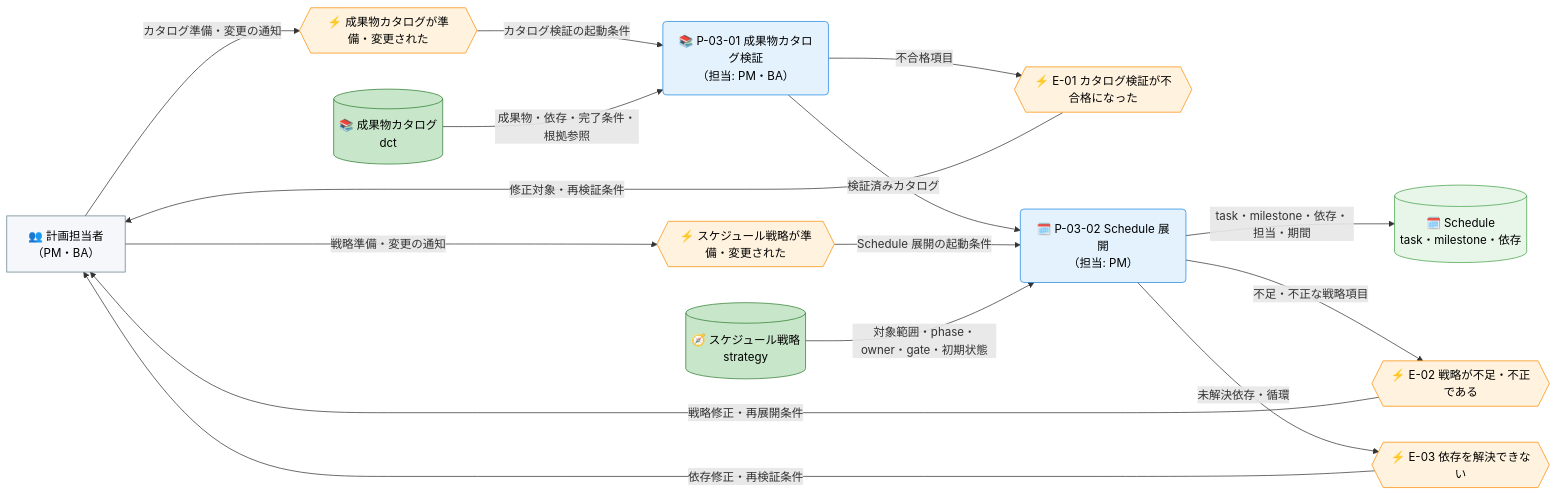
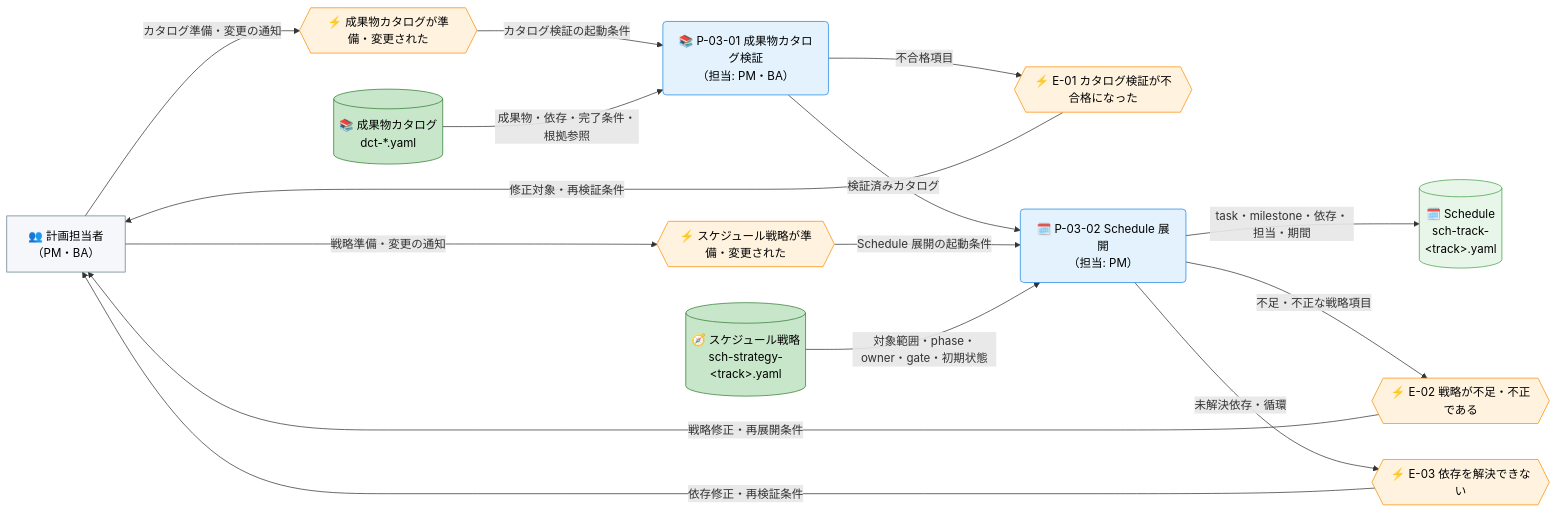
One commit to specdojo/specdojo changed the first of 2 diagrams in docs/ja/product/010-business-specs/010-data-flow/cdfd-catalog-planning.md. Above: the diagram before and after it, drawn with Mermaid. The commit also changed other lines of this file and 31 other files, not shown here.

First line of the commit message:
exec(T-DATA-FLOW-cdfd-*-140): finalize remaining data-flow CDFDs

````diff
--- a/docs/ja/product/010-business-specs/010-data-flow/cdfd-catalog-planning.md
+++ b/docs/ja/product/010-business-specs/010-data-flow/cdfd-catalog-planning.md
@@ -55,45 +55,45 @@
 ```mermaid
 flowchart LR
   classDef process fill:#e3f2fd,stroke:#1e88e5,color:#000
   classDef event fill:#fff3e0,stroke:#fb8c00,color:#000
   classDef storeMaster fill:#c8e6c9,stroke:#2e7d32,color:#000
   classDef storeTransaction fill:#e8f5e9,stroke:#43a047,color:#000
   classDef actor fill:#f5f7fa,stroke:#607d8b,color:#000
 
   計画担当者["👥 計画担当者<br>（PM・BA）"]
 
   カタログ更新{{"⚡ 成果物カタログが準備・変更された"}}
   戦略更新{{"⚡ スケジュール戦略が準備・変更された"}}
   カタログ不合格{{"⚡ E-01 カタログ検証が不合格になった"}}
   戦略不足{{"⚡ E-02 戦略が不足・不正である"}}
   依存解決失敗{{"⚡ E-03 依存を解決できない"}}
 
   カタログ検証("📚 P-03-01 成果物カタログ検証<br>（担当: PM・BA）")
   Schedule展開("🗓️ P-03-02 Schedule 展開<br>（担当: PM）")
 
-  成果物カタログ[("📚 成果物カタログ<br>dct")]
-  スケジュール戦略[("🧭 スケジュール戦略<br>strategy")]
-  Schedule[("🗓️ Schedule<br>task・milestone・依存")]
+  成果物カタログ[("📚 成果物カタログ<br>dct-*.yaml")]
+  スケジュール戦略[("🧭 スケジュール戦略<br>sch-strategy-<br>&lt;track&gt;.yaml")]
+  Schedule[("🗓️ Schedule<br>sch-track-<br>&lt;track&gt;.yaml")]
 
   計画担当者 -->|"カタログ準備・変更の通知"| カタログ更新
   カタログ更新 -->|"カタログ検証の起動条件"| カタログ検証
   成果物カタログ -->|"成果物・依存・完了条件・根拠参照"| カタログ検証
   カタログ検証 -->|"検証済みカタログ"| Schedule展開
   カタログ検証 -->|"不合格項目"| カタログ不合格
   カタログ不合格 -->|"修正対象・再検証条件"| 計画担当者
 
   計画担当者 -->|"戦略準備・変更の通知"| 戦略更新
   戦略更新 -->|"Schedule 展開の起動条件"| Schedule展開
   スケジュール戦略 -->|"対象範囲・phase・owner・gate・初期状態"| Schedule展開
   Schedule展開 -->|"task・milestone・依存・担当・期間"| Schedule
   Schedule展開 -->|"不足・不正な戦略項目"| 戦略不足
   Schedule展開 -->|"未解決依存・循環"| 依存解決失敗
   戦略不足 -->|"戦略修正・再展開条件"| 計画担当者
   依存解決失敗 -->|"依存修正・再検証条件"| 計画担当者
 
   class カタログ検証,Schedule展開 process
   class カタログ更新,戦略更新,カタログ不合格,戦略不足,依存解決失敗 event
   class 成果物カタログ,スケジュール戦略 storeMaster
   class Schedule storeTransaction
   class 計画担当者 actor
 ```
````
